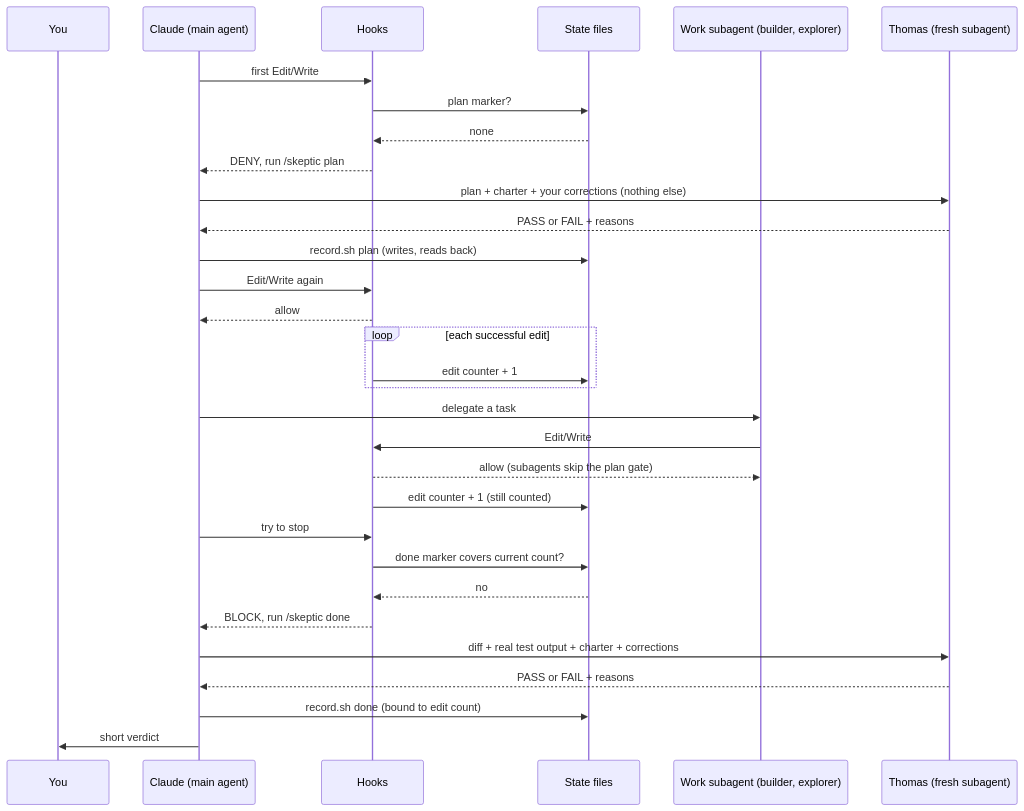
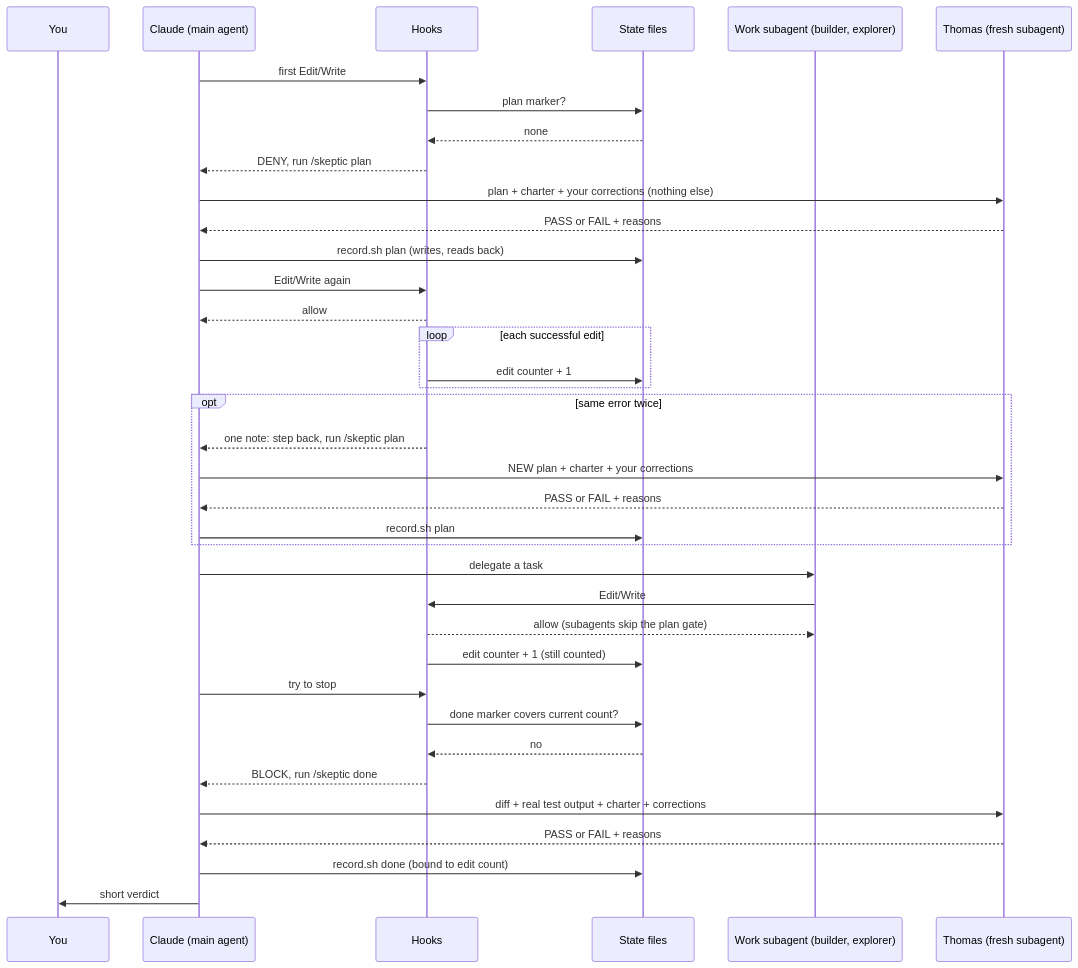
The second of 2 diagrams in README.md (billmote/doubting-thomas), drawn with Mermaid before and after one commit. The commit also changed other lines of this file and 1 other file, not shown here.

Commit message:
Swim lane: show the repeated-error call to Thomas
Claude-Session: https://claude.ai/code/session_016dUD2EYqVzb18VnWibvD2U

````diff
--- a/README.md
+++ b/README.md
@@ -38,33 +38,39 @@
 ```mermaid
 sequenceDiagram
     participant U as You
     participant A as Claude (main agent)
     participant H as Hooks
     participant S as State files
     participant W as Work subagent (builder, explorer)
     participant T as Thomas (fresh subagent)
     A->>H: first Edit/Write
     H->>S: plan marker?
     S-->>H: none
     H-->>A: DENY, run /skeptic plan
     A->>T: plan + charter + your corrections (nothing else)
     T-->>A: PASS or FAIL + reasons
     A->>S: record.sh plan (writes, reads back)
     A->>H: Edit/Write again
     H-->>A: allow
     loop each successful edit
         H->>S: edit counter + 1
     end
+    opt same error twice
+        H-->>A: one note: step back, run /skeptic plan
+        A->>T: NEW plan + charter + your corrections
+        T-->>A: PASS or FAIL + reasons
+        A->>S: record.sh plan
+    end
     A->>W: delegate a task
     W->>H: Edit/Write
     H-->>W: allow (subagents skip the plan gate)
     H->>S: edit counter + 1 (still counted)
     A->>H: try to stop
     H->>S: done marker covers current count?
     S-->>H: no
     H-->>A: BLOCK, run /skeptic done
     A->>T: diff + real test output + charter + corrections
     T-->>A: PASS or FAIL + reasons
     A->>S: record.sh done (bound to edit count)
     A->>U: short verdict
 ```
````
